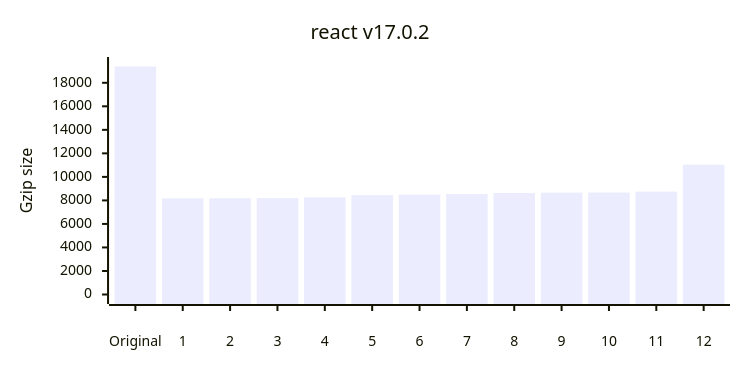
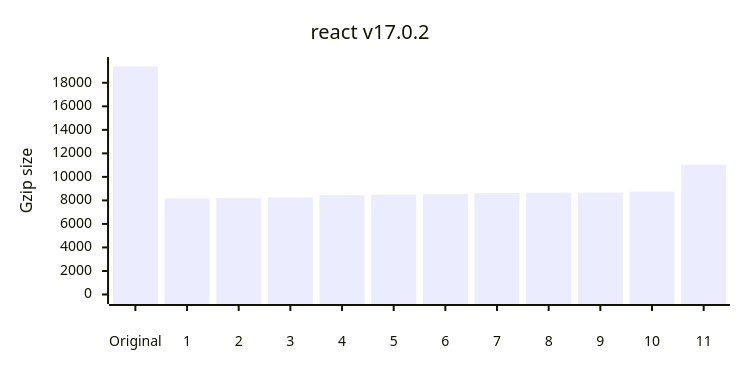
The first of 12 diagrams in README.md (privatenumber/minification-benchmarks), drawn with Mermaid before and after one commit. The commit also changed other lines of this file and 1 other file, not shown here.

````diff
--- a/README.md
+++ b/README.md
@@ -77,17 +77,17 @@
 ```mermaid
 ---
 config:
     xyChart:
         width: 720
         height: 360
         xAxis:
             labelPadding: 20
         yAxis:
             labelPadding: 10
 ---
 xychart-beta
 	title "react v17.0.2"
-	x-axis ["Original",1,2,3,4,5,6,7,8,9,10,11,12]
+	x-axis ["Original",1,2,3,4,5,6,7,8,9,10,11]
 	y-axis "Gzip size" 0 --> 19385
-	bar [19385,8177,8186,8193,8265,8448,8493,8543,8628,8661,8668,8746,11040]
+	bar [19385,8177,8186,8265,8448,8493,8543,8628,8661,8668,8746,11040]
 ```
````
